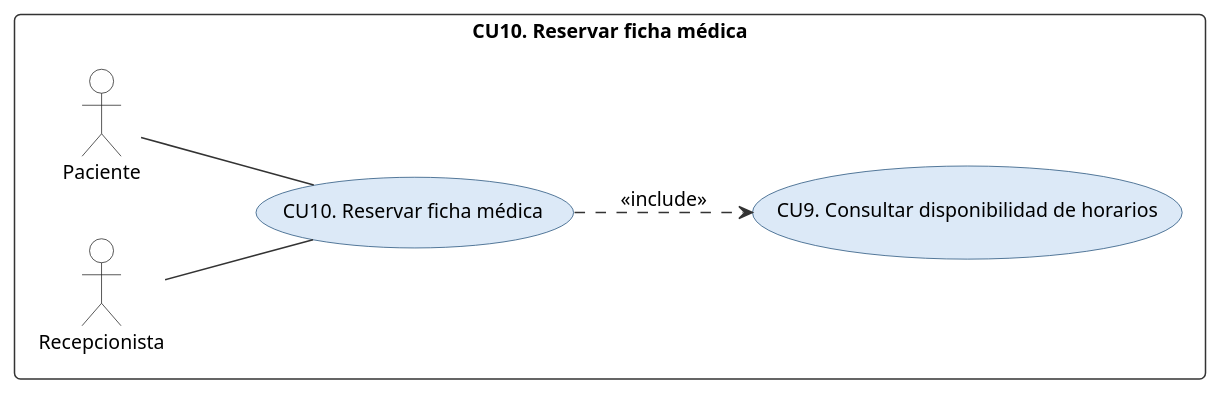
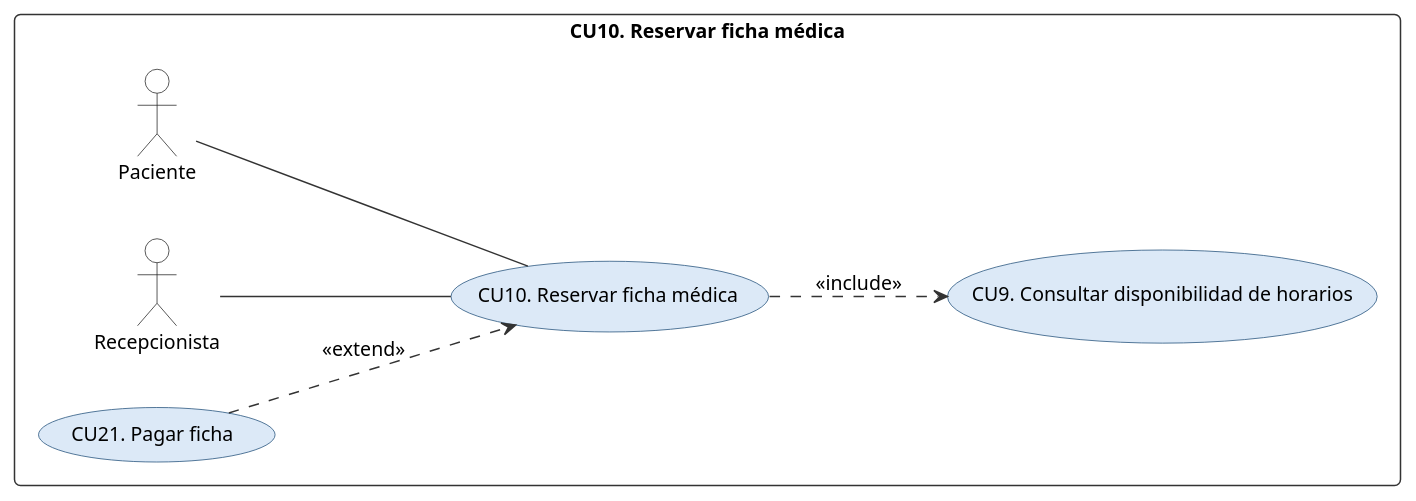
One commit to ronaldflores2004/VidaSalud changed the diagram in docs/uml/plantuml/cu_cu10.puml. Above: the diagram before and after it, drawn with PlantUML. The commit also changed 42 other files, not shown here.

First line of the commit message:
Documento: diagramas UML actualizados con P7 (CU21 Pagar ficha, CU22 Notificaciones)

```diff
--- a/docs/uml/plantuml/cu_cu10.puml
+++ b/docs/uml/plantuml/cu_cu10.puml
@@ -1,45 +1,47 @@
 @startuml
 
 set separator none
 skinparam backgroundColor white
 skinparam defaultFontName Arial
 skinparam defaultFontSize 13
 skinparam shadowing false
 skinparam ArrowColor #333333
 skinparam ActorBorderColor #222222
 skinparam ActorBackgroundColor #FFFFFF
 skinparam UsecaseBorderColor #1F4E79
 skinparam UsecaseBackgroundColor #DCE9F7
 skinparam PackageBorderColor #333333
 skinparam PackageBackgroundColor #FFFFFF
 skinparam ClassBorderColor #333333
 skinparam ClassBackgroundColor #FFFFFF
 skinparam ClassHeaderBackgroundColor #DCE9F7
 skinparam NoteBackgroundColor #FFF8DC
 skinparam RectangleBorderColor #333333
 skinparam NodeBorderColor #1F4E79
 skinparam NodeBackgroundColor #F3F8FD
 skinparam ArtifactBackgroundColor #FFFFFF
 skinparam DatabaseBackgroundColor #DCE9F7
 skinparam SequenceLifeLineBorderColor #888888
 skinparam SequenceParticipantBackgroundColor #DCE9F7
 skinparam SequenceParticipantBorderColor #1F4E79
 skinparam ParticipantPadding 12
 skinparam BoundaryBackgroundColor #DCE9F7
 skinparam ControlBackgroundColor #DCE9F7
 skinparam EntityBackgroundColor #DCE9F7
 skinparam BoundaryBorderColor #1F4E79
 skinparam ControlBorderColor #1F4E79
 skinparam EntityBorderColor #1F4E79
 skinparam roundcorner 8
 left to right direction
 rectangle "CU10. Reservar ficha médica" {
 actor "Paciente" as PAC
 actor "Recepcionista" as REC
 usecase "CU10. Reservar ficha médica" as U
 PAC -- U
 REC -- U
 usecase "CU9. Consultar disponibilidad de horarios" as I0
 U ..> I0 : <<include>>
+usecase "CU21. Pagar ficha" as X2
+X2 ..> U : <<extend>>
 }
 @enduml
```
